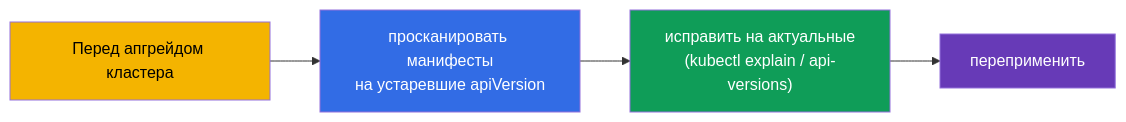
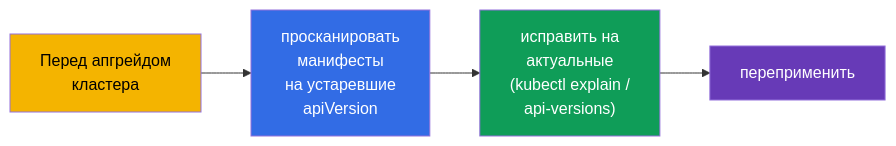
Before and after one commit to ViktorUJ/cks: the fifth of 6 diagrams in tasks/cka/course/29/ru.md, drawn with Mermaid. The commit also changed other lines of this file and 30 other files, not shown here.

````diff
--- a/tasks/cka/course/29/ru.md
+++ b/tasks/cka/course/29/ru.md
@@ -167,10 +184,10 @@
 ```mermaid
 flowchart LR
-    before["Перед апгрейдом кластера"] --> scan["просканировать манифесты<br>на устаревшие apiVersion"]
-    scan --> fix["исправить на актуальные<br>(kubectl explain / api-versions)"]
+    before["Перед апгрейдом<br>кластера"] --> scan["просканировать<br>манифесты<br>на устаревшие<br>apiVersion"]
+    scan --> fix["исправить на<br>актуальные<br>(kubectl explain /<br>api-versions)"]
     fix --> apply["переприменить"]
     style before fill:#f4b400,color:#000
     style scan fill:#326ce5,color:#fff
     style fix fill:#0f9d58,color:#fff
     style apply fill:#673ab7,color:#fff
 ```
````
